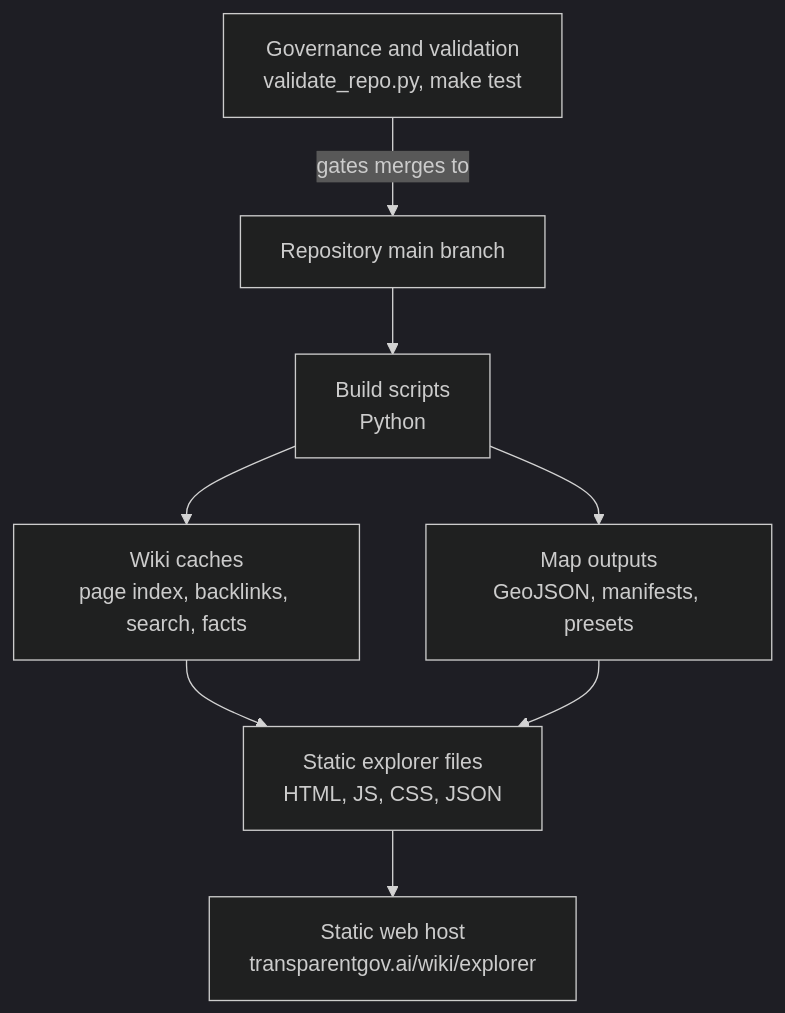
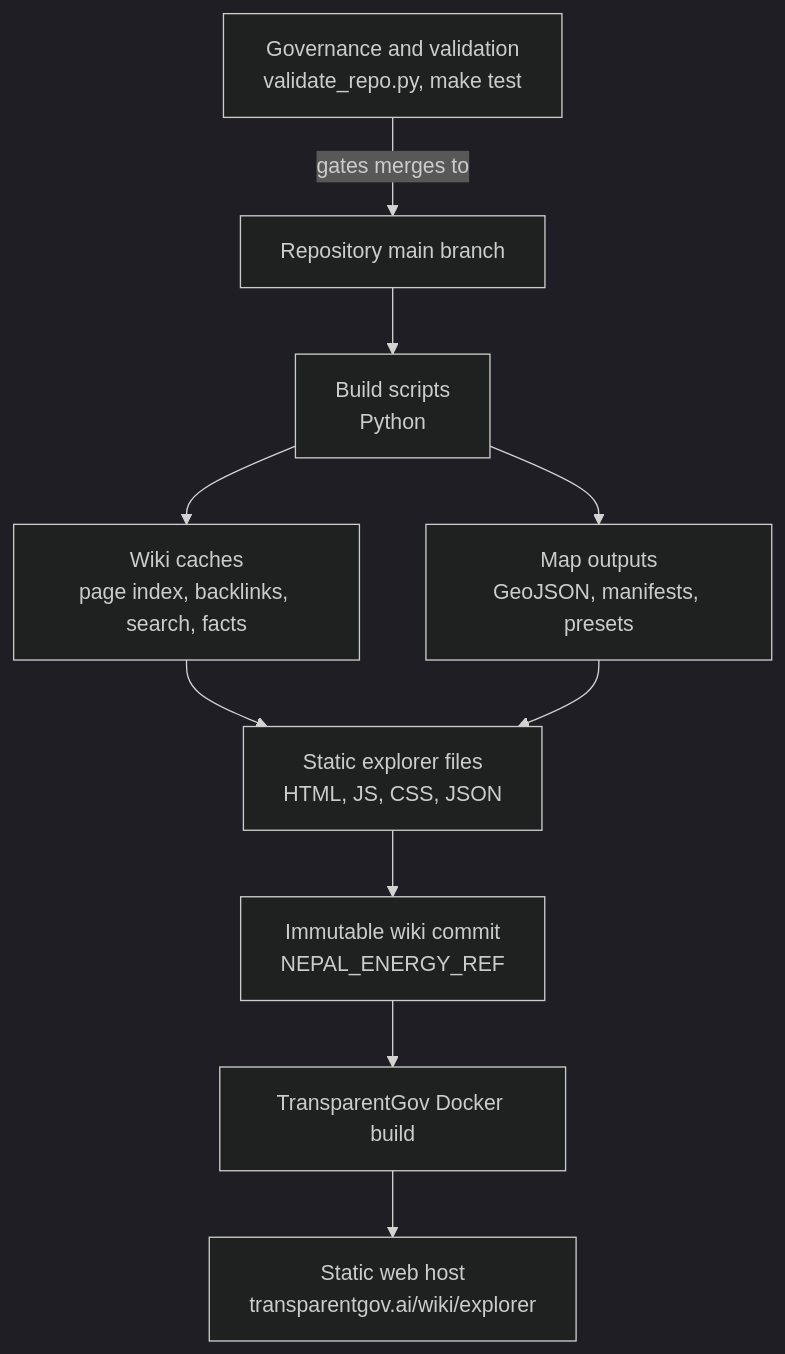
Before and after one commit to abinashkarki/NepalHydroAndEnergy: the diagram in docs/architecture/transparentgov-production-architecture.md, drawn with Mermaid (dark theme). The commit also changed other lines of this file and 42 other files, not shown here.

````diff
--- a/docs/architecture/transparentgov-production-architecture.md
+++ b/docs/architecture/transparentgov-production-architecture.md
@@ -20,10 +20,12 @@
 ```mermaid
 flowchart TD
     A["Repository main branch"] --> B["Build scripts<br/>Python"]
     B --> C["Wiki caches<br/>page index, backlinks, search, facts"]
     B --> D["Map outputs<br/>GeoJSON, manifests, presets"]
     C --> E["Static explorer files<br/>HTML, JS, CSS, JSON"]
     D --> E
-    E --> F["Static web host<br/>transparentgov.ai/wiki/explorer"]
-    G["Governance and validation<br/>validate_repo.py, make test"] -- "gates merges to" --> A
+    E --> F["Immutable wiki commit<br/>NEPAL_ENERGY_REF"]
+    F --> G["TransparentGov Docker build"]
+    G --> H["Static web host<br/>transparentgov.ai/wiki/explorer"]
+    I["Governance and validation<br/>validate_repo.py, make test"] -- "gates merges to" --> A
 ```
````
